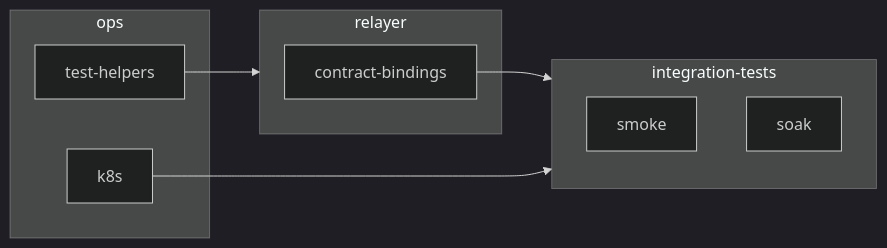
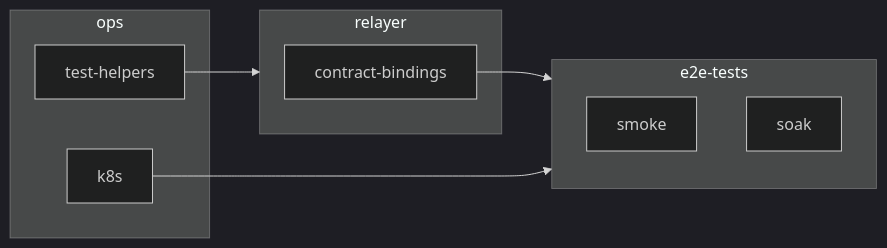
One commit to smartcontractkit/chainlink-starknet changed the diagram in docs/getting-started.md. Above: the diagram before and after it, drawn with Mermaid (dark theme). The commit also changed 18 other files, not shown here.

````diff
--- a/docs/getting-started.md
+++ b/docs/getting-started.md
@@ -11,20 +11,20 @@
 ```mermaid
 flowchart LR
   subgraph ops
   test-helpers
   k8s
   end
 
   subgraph relayer
   contract-bindings
   end
 
-  subgraph integration-tests
+  subgraph e2e-tests
   smoke
   soak
   end
 
-  contract-bindings --> integration-tests
+  contract-bindings --> e2e-tests
   test-helpers --> relayer
-  k8s --> integration-tests
+  k8s --> e2e-tests
 ```
````
